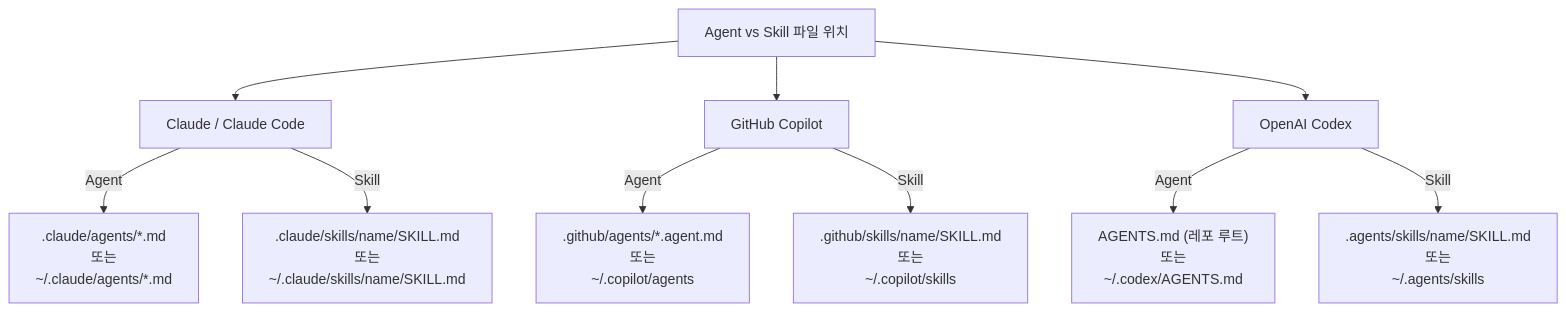
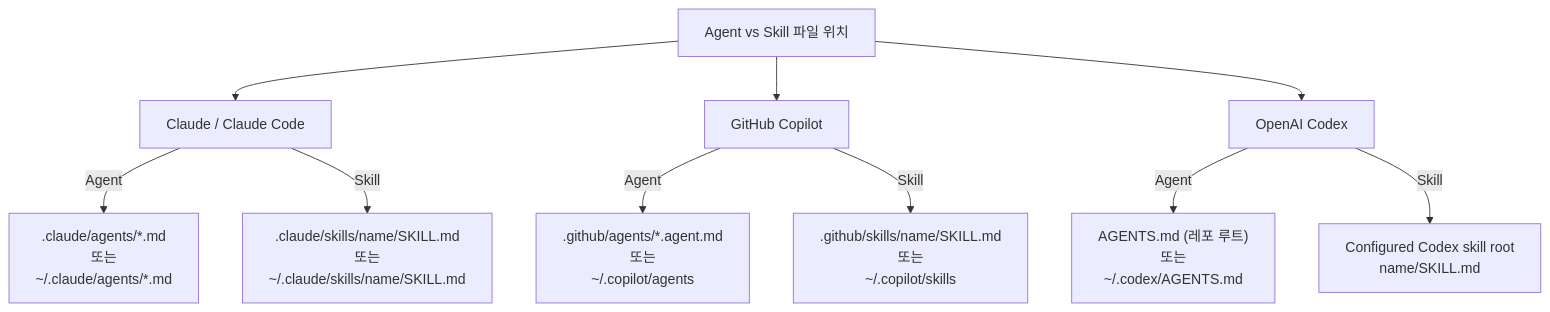
One commit to shinjaehyun20/ai-workflow-kits changed the fourth of 4 diagrams in docs/guides/agent-vs-skill/README.md. Above: the diagram before and after it, drawn with Mermaid. The commit also changed other lines of this file and 11 other files, not shown here.

````diff
--- a/docs/guides/agent-vs-skill/README.md
+++ b/docs/guides/agent-vs-skill/README.md
@@ -312,26 +312,26 @@
 ```mermaid
 flowchart TD
     ROOT["Agent vs Skill 파일 위치"]
 
     CL["Claude / Claude Code"]
     CL_A[".claude/agents/*.md<br/>또는<br/>~/.claude/agents/*.md"]
     CL_S[".claude/skills/name/SKILL.md<br/>또는<br/>~/.claude/skills/name/SKILL.md"]
 
     CP["GitHub Copilot"]
     CP_A[".github/agents/*.agent.md<br/>또는<br/>~/.copilot/agents"]
     CP_S[".github/skills/name/SKILL.md<br/>또는<br/>~/.copilot/skills"]
 
     CO["OpenAI Codex"]
     CO_A["AGENTS.md (레포 루트)<br/>또는<br/>~/.codex/AGENTS.md"]
-    CO_S[".agents/skills/name/SKILL.md<br/>또는<br/>~/.agents/skills"]
+    CO_S["Configured Codex skill root<br/>name/SKILL.md"]
 
     ROOT --> CL
     ROOT --> CP
     ROOT --> CO
     CL -->|"Agent"| CL_A
     CL -->|"Skill"| CL_S
     CP -->|"Agent"| CP_A
     CP -->|"Skill"| CP_S
     CO -->|"Agent"| CO_A
     CO -->|"Skill"| CO_S
 ```
````
